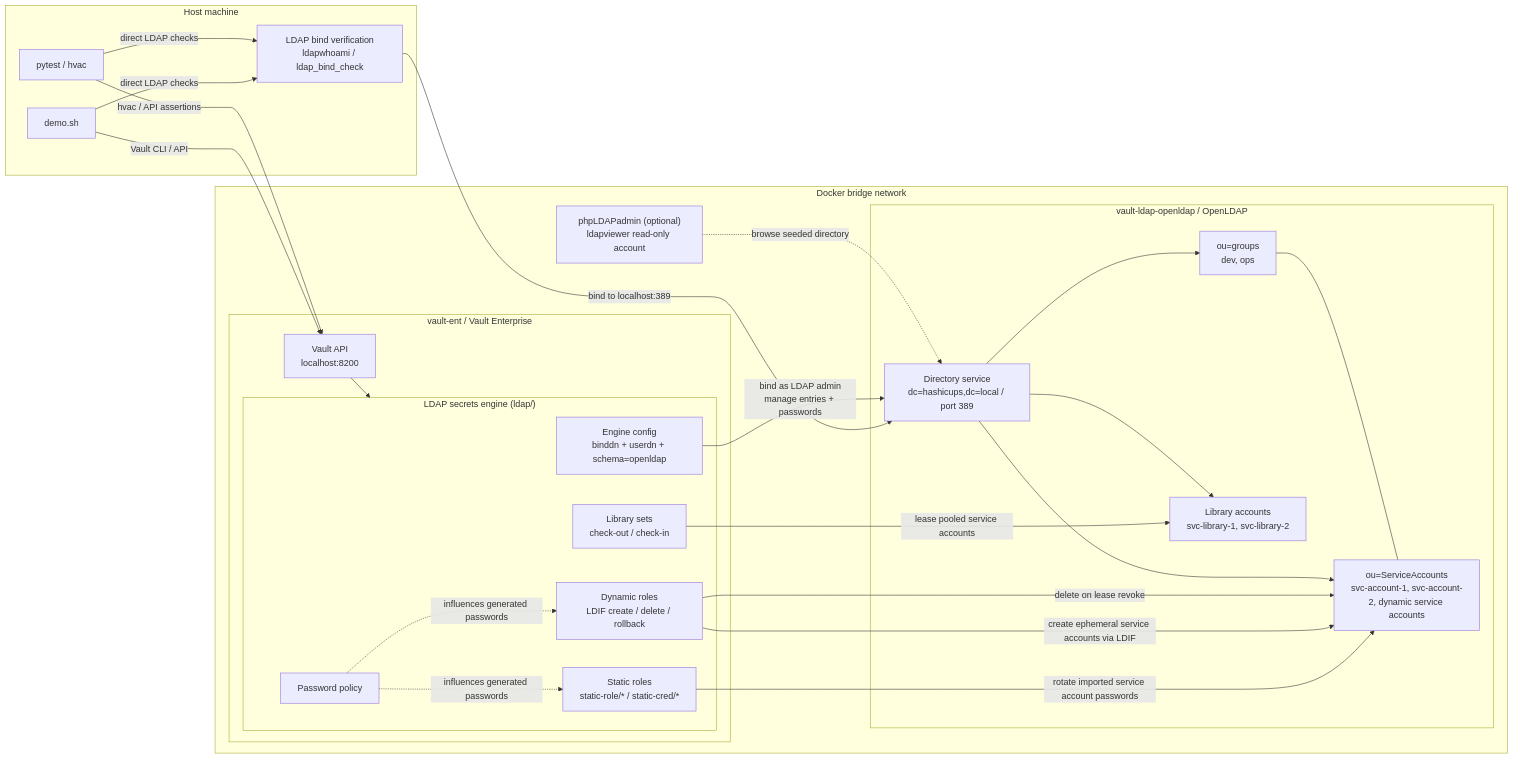
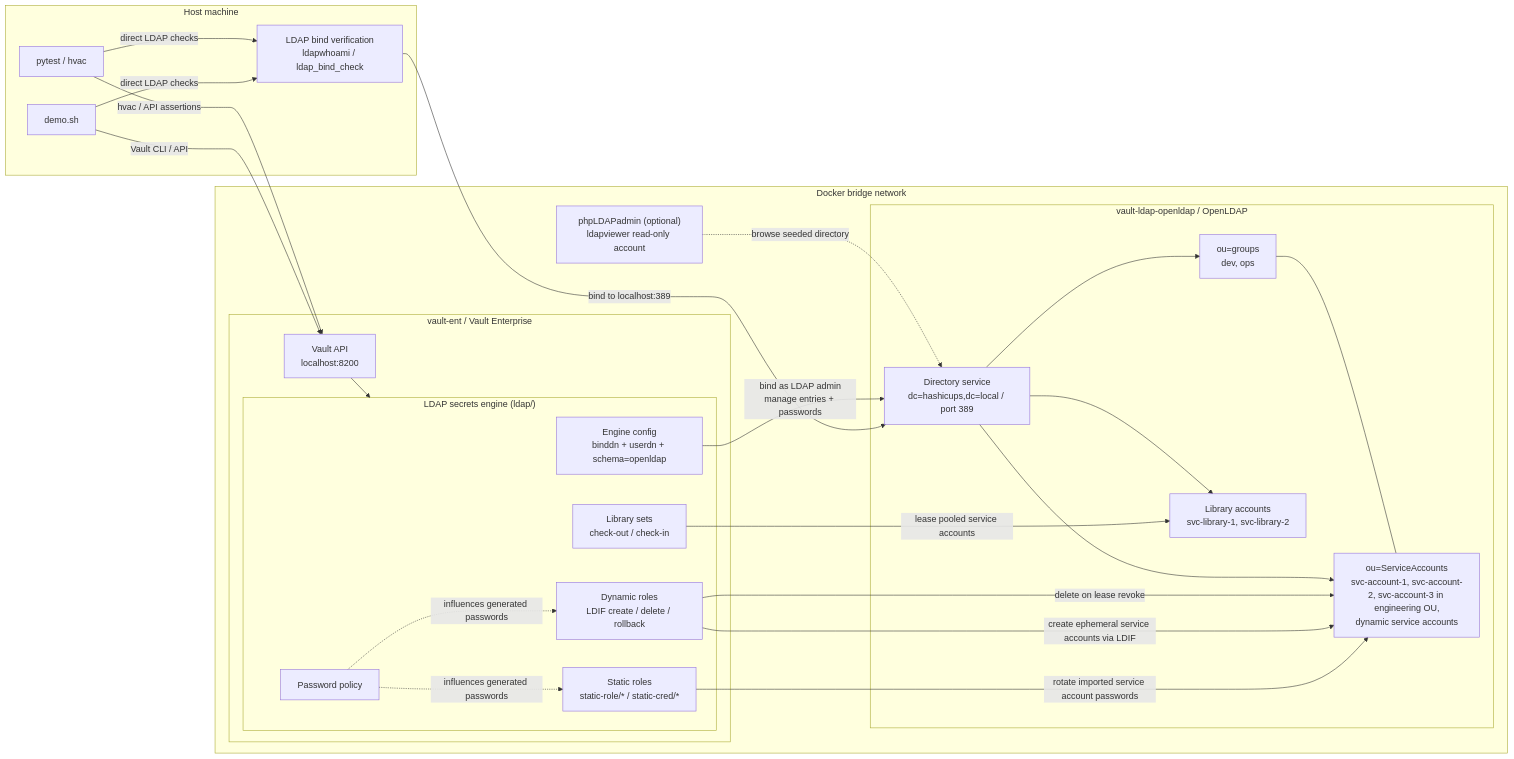
The second of 2 diagrams in README.md (DarthVaderRC/vault-ldap-se), drawn with Mermaid before and after one commit. The commit also changed other lines of this file and 12 other files, not shown here.

````diff
--- a/README.md
+++ b/README.md
@@ -201,50 +201,50 @@
 ```mermaid
 flowchart LR
     subgraph HOST["Host machine"]
         DEMO["demo.sh"]
         TESTS["pytest / hvac"]
         VERIFY["LDAP bind verification<br/>ldapwhoami / ldap_bind_check"]
     end
 
     subgraph DOCKER["Docker bridge network"]
         subgraph VAULT["vault-ent / Vault Enterprise"]
             API["Vault API<br/>localhost:8200"]
             subgraph LDAPSE["LDAP secrets engine (ldap/)"]
                 CONFIG["Engine config<br/>binddn + userdn + schema=openldap"]
                 STATIC["Static roles<br/>static-role/* / static-cred/*"]
                 DYNAMIC["Dynamic roles<br/>LDIF create / delete / rollback"]
                 LIBRARY["Library sets<br/>check-out / check-in"]
                 POLICY["Password policy"]
             end
         end
 
         subgraph LDAP["vault-ldap-openldap / OpenLDAP"]
             DIRECTORY["Directory service<br/>dc=hashicups,dc=local / port 389"]
-            ACCOUNTS["ou=ServiceAccounts<br/>svc-account-1, svc-account-2, dynamic service accounts"]
+            ACCOUNTS["ou=ServiceAccounts<br/>svc-account-1, svc-account-2, svc-account-3 in engineering OU,<br/>dynamic service accounts"]
             GROUPS["ou=groups<br/>dev, ops"]
             LIBRARY_ACCOUNTS["Library accounts<br/>svc-library-1, svc-library-2"]
         end
 
         PHPLDAP["phpLDAPadmin (optional)<br/>ldapviewer read-only account"]
     end
 
     DEMO -->|"Vault CLI / API"| API
     TESTS -->|"hvac / API assertions"| API
     DEMO -->|"direct LDAP checks"| VERIFY
     TESTS -->|"direct LDAP checks"| VERIFY
     VERIFY -->|"bind to localhost:389"| DIRECTORY
 
     API --> LDAPSE
     CONFIG -->|"bind as LDAP admin<br/>manage entries + passwords"| DIRECTORY
     STATIC -->|"rotate imported service account passwords"| ACCOUNTS
     DYNAMIC -->|"create ephemeral service accounts via LDIF"| ACCOUNTS
     DYNAMIC -->|"delete on lease revoke"| ACCOUNTS
     LIBRARY -->|"lease pooled service accounts"| LIBRARY_ACCOUNTS
     DIRECTORY --> ACCOUNTS
     DIRECTORY --> GROUPS
     DIRECTORY --> LIBRARY_ACCOUNTS
     GROUPS --- ACCOUNTS
     POLICY -.->|"influences generated passwords"| STATIC
     POLICY -.->|"influences generated passwords"| DYNAMIC
     PHPLDAP -.->|"browse seeded directory"| DIRECTORY
 ```
````
